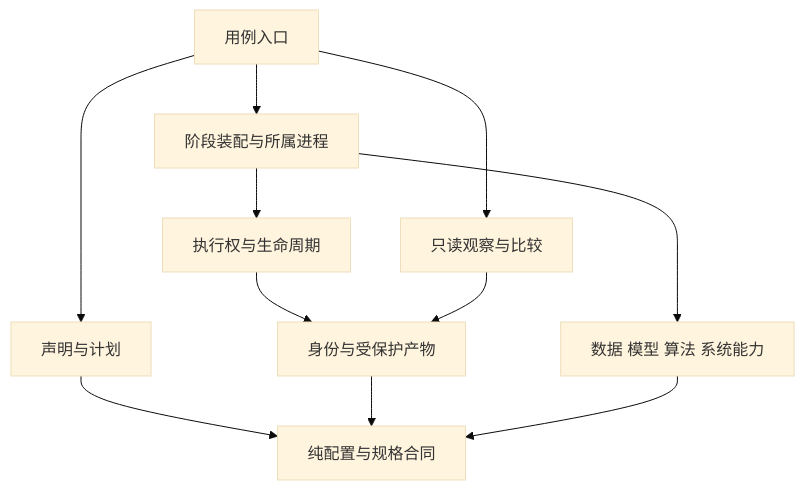
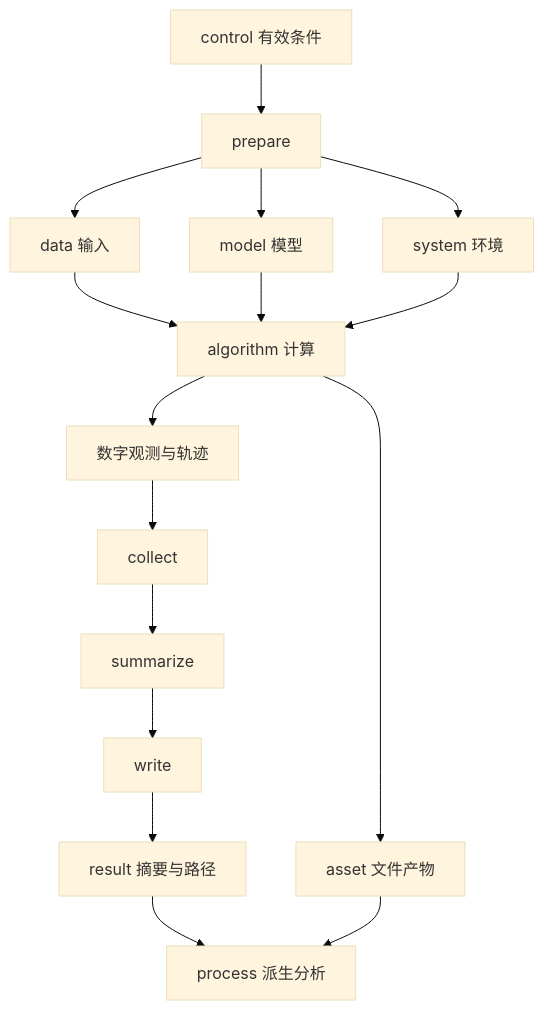
The fourth of 4 diagrams in docs/架构设计 Architecture Design 研究流水线.md (DreamSoul-AI/RPipe), drawn with Mermaid (base theme) before and after one commit. The commit also changed other lines of this file and 7 other files, not shown here.

````diff
--- a/docs/架构设计 Architecture Design 研究流水线.md
+++ b/docs/架构设计 Architecture Design 研究流水线.md
@@ -97,13 +322,18 @@
 ```mermaid
 flowchart TB
-    Entry[用例入口] --> Plan[声明与计划]
-    Entry --> Orchestration[阶段装配与所属进程]
-    Entry --> Read[只读观察与比较]
-    Orchestration --> Execution[执行权与生命周期]
-    Orchestration --> Science[数据 模型 算法 系统能力]
-    Execution --> Storage[身份与受保护产物]
-    Read --> Storage
-    Plan --> Contract[纯配置与规格合同]
-    Storage --> Contract
-    Science --> Contract
+    Control[control 有效条件] --> Prepare[prepare]
+    Prepare --> Data[data 输入]
+    Prepare --> Model[model 模型]
+    Prepare --> System[system 环境]
+    Data --> Algorithm[algorithm 计算]
+    Model --> Algorithm
+    System --> Algorithm
+    Algorithm --> Tracker[数字观测与轨迹]
+    Tracker --> Collect[collect]
+    Collect --> Summarize[summarize]
+    Summarize --> Write[write]
+    Write --> Result[result 摘要与路径]
+    Result --> Process[process 派生分析]
+    Algorithm --> Asset[asset 文件产物]
+    Asset --> Process
 ```
````
